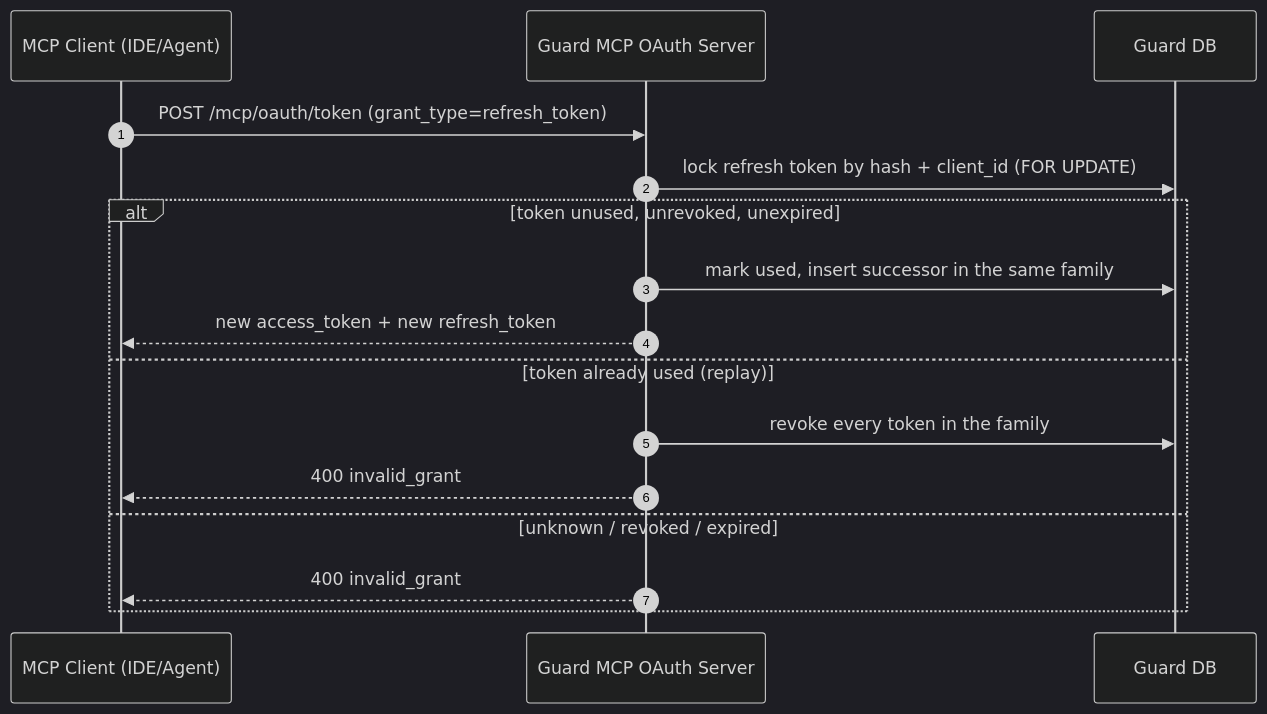
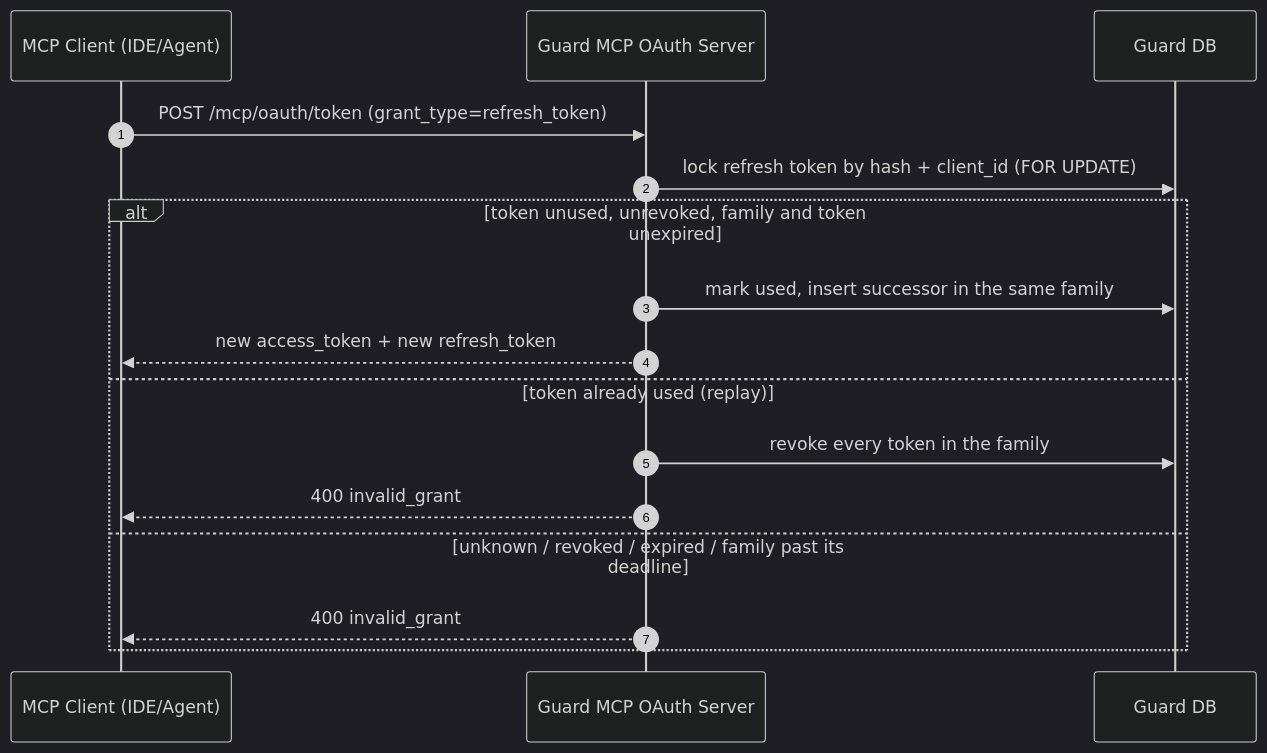
One commit to semaphoreio/semaphore changed the third of 3 diagrams in mcp_server/OAUTH_FLOW.md. Above: the diagram before and after it, drawn with Mermaid (dark theme). The commit also changed other lines of this file and 9 other files, not shown here.

First line of the commit message:
feat(guard): cap MCP OAuth token families with an absolute deadline

````diff
--- a/mcp_server/OAUTH_FLOW.md
+++ b/mcp_server/OAUTH_FLOW.md
@@ -85,19 +85,19 @@
 ```mermaid
 sequenceDiagram
     autonumber
     participant Client as MCP Client (IDE/Agent)
     participant Guard as Guard MCP OAuth Server
     participant DB as Guard DB
 
     Client->>Guard: POST /mcp/oauth/token (grant_type=refresh_token)
     Guard->>DB: lock refresh token by hash + client_id (FOR UPDATE)
-    alt token unused, unrevoked, unexpired
+    alt token unused, unrevoked, family and token unexpired
         Guard->>DB: mark used, insert successor in the same family
         Guard-->>Client: new access_token + new refresh_token
     else token already used (replay)
         Guard->>DB: revoke every token in the family
         Guard-->>Client: 400 invalid_grant
-    else unknown / revoked / expired
+    else unknown / revoked / expired / family past its deadline
         Guard-->>Client: 400 invalid_grant
     end
 ```
````
